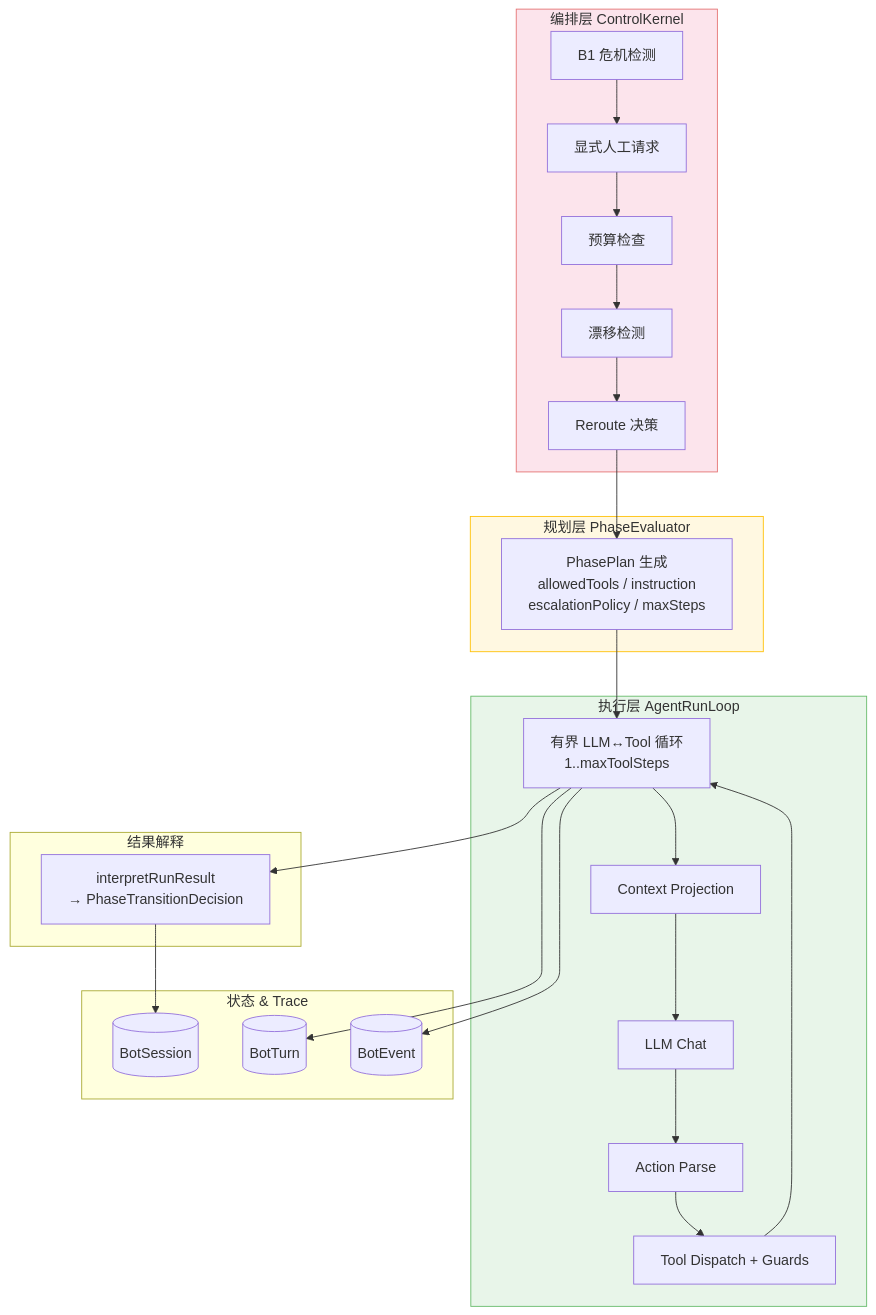
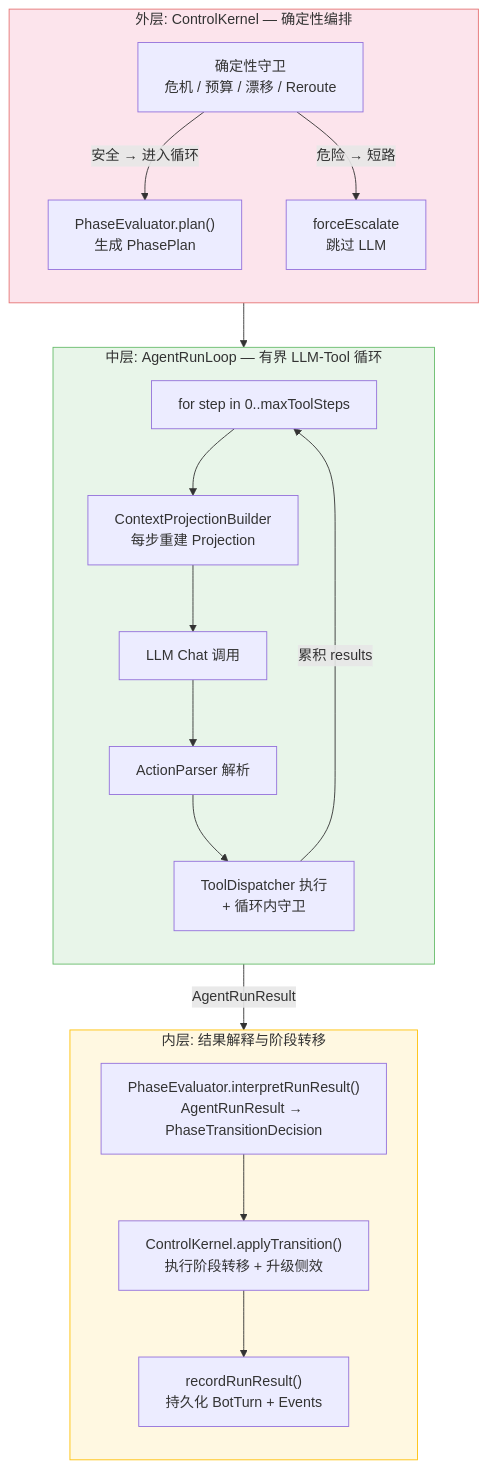
Before and after one commit to caoruixin/csagent: the seventh of 27 diagrams in csagent_system_design_review.md, drawn with Mermaid. The commit also changed other lines of this file and 40 other files, not shown here.

````diff
--- a/csagent_system_design_review.md
+++ b/csagent_system_design_review.md
@@ -108,43 +538,36 @@
 ```mermaid
-graph TB
-    subgraph ControlKernel["编排层 ControlKernel"]
-        D1[B1 危机检测] --> D2[显式人工请求]
-        D2 --> D3[预算检查]
-        D3 --> D4[漂移检测]
-        D4 --> D5[Reroute 决策]
+flowchart TD
+    subgraph L1["外层: ControlKernel — 确定性编排"]
+        direction TB
+        G["确定性守卫<br/>危机 / 预算 / 漂移 / Reroute"]
+        G -->|"安全 → 进入循环"| PLAN
+        G -->|"危险 → 短路"| FE["forceEscalate<br/>跳过 LLM"]
+        PLAN["PhaseEvaluator.plan()<br/>生成 PhasePlan"]
     end
 
-    subgraph Planning["规划层 PhaseEvaluator"]
-        PE[PhasePlan 生成<br/>allowedTools / instruction<br/>escalationPolicy / maxSteps]
+    subgraph L2["中层: AgentRunLoop — 有界 LLM-Tool 循环"]
+        direction TB
+        LOOP["for step in 0..maxToolSteps"]
+        LOOP --> PROJ["ContextProjectionBuilder<br/>每步重建 Projection"]
+        PROJ --> LLM["LLM Chat 调用"]
+        LLM --> PARSE["ActionParser 解析"]
+        PARSE --> TOOLS["ToolDispatcher 执行<br/>+ 循环内守卫"]
+        TOOLS -->|"累积 results"| LOOP
     end
 
-    subgraph Execution["执行层 AgentRunLoop"]
-        Loop["有界 LLM↔Tool 循环<br/>1..maxToolSteps"]
-        Loop --> CTX[Context Projection]
-        CTX --> LLMC[LLM Chat]
-        LLMC --> Parse[Action Parse]
-        Parse --> TD[Tool Dispatch + Guards]
-        TD --> Loop
+    subgraph L3["内层: 结果解释与阶段转移"]
+        direction TB
+        INTERP["PhaseEvaluator.interpretRunResult()<br/>AgentRunResult → PhaseTransitionDecision"]
+        TRANS["ControlKernel.applyTransition()<br/>执行阶段转移 + 升级侧效"]
+        RECORD["recordRunResult()<br/>持久化 BotTurn + Events"]
     end
 
-    subgraph Interpret["结果解释"]
-        IR[interpretRunResult<br/>→ PhaseTransitionDecision]
-    end
+    PLAN --> LOOP
+    LOOP -->|"AgentRunResult"| INTERP
+    INTERP --> TRANS
+    TRANS --> RECORD
 
-    subgraph State["状态 & Trace"]
-        BS[(BotSession)] 
-        BT[(BotTurn)]
-        BE[(BotEvent)]
-    end
-
-    D5 --> PE
-    PE --> Loop
-    Loop --> IR
-    IR --> BS
-    Loop --> BT
-    Loop --> BE
-
-    style ControlKernel fill:#fce4ec,stroke:#e57373
-    style Planning fill:#fff8e1,stroke:#ffc107
-    style Execution fill:#e8f5e9,stroke:#66bb6a
+    style L1 fill:#fce4ec,stroke:#e57373
+    style L2 fill:#e8f5e9,stroke:#66bb6a
+    style L3 fill:#fff8e1,stroke:#ffc107
 ```
````
